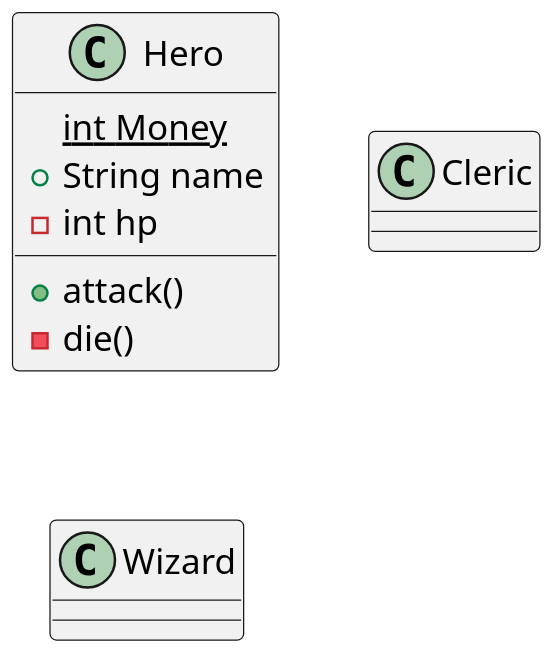
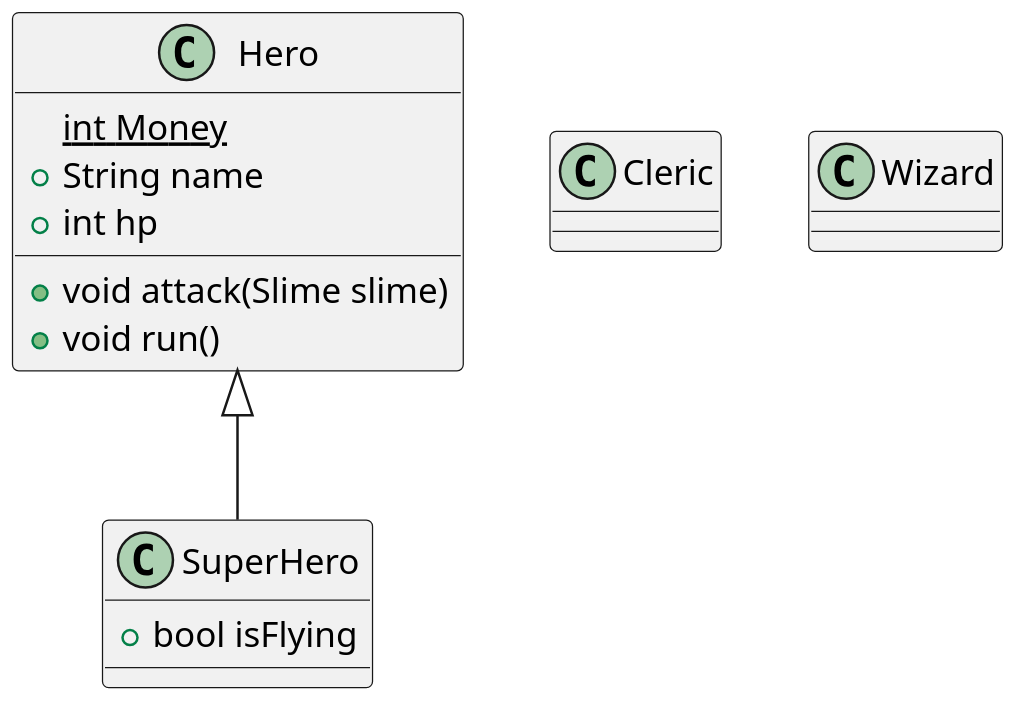
The diagram in lib/01_instance_class/game.puml (SeSAC-Flutter-6/learn_dart_together), drawn with PlantUML before and after one commit. The commit also changed 15 other files, not shown here.

```diff
--- a/lib/01_instance_class/game.puml
+++ b/lib/01_instance_class/game.puml
@@ -1,20 +1,25 @@
 @startuml
 
 scale 2
 
 class Hero {
 {static} int Money
     +String name
-    -int hp
+    +int hp
 
-    +attack()
-    -die()
+    +void attack(Slime slime)
+    +void run()
+'    +attack()
+'    -die()
 }
 
 class Cleric{
 }
 
 class Wizard{
 }
 
+class SuperHero extends Hero {
+    +bool isFlying
+}
 @enduml
```
